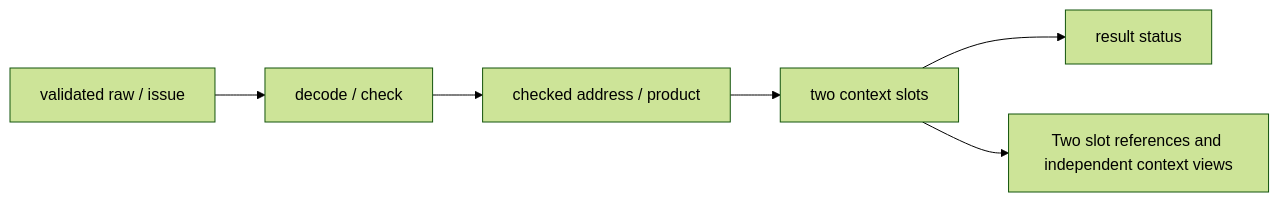
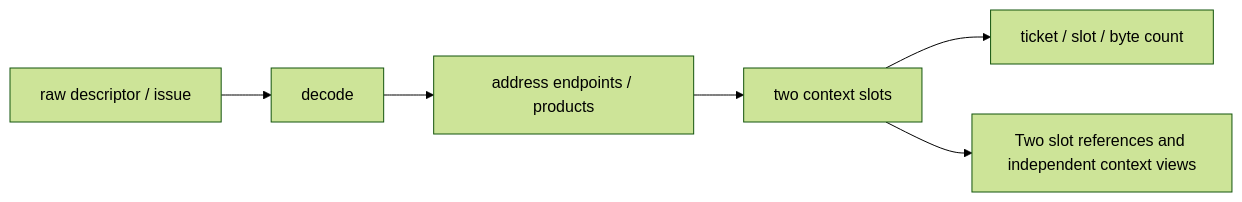
One commit to yuhin777/Allegro changed the diagram in doc/rtl_specs/tma/blackwell_tma_setup.md. Above: the diagram before and after it, drawn with Mermaid (forest theme). The commit also changed other lines of this file and 27 other files, not shown here.

````diff
--- a/doc/rtl_specs/tma/blackwell_tma_setup.md
+++ b/doc/rtl_specs/tma/blackwell_tma_setup.md
@@ -23,8 +22,8 @@
 ```mermaid
 flowchart LR
-  R[validated raw / issue] --> D[decode / check]
-  D --> A[checked address / product]
+  R[raw descriptor / issue] --> D[decode]
+  D --> A[address endpoints / products]
   A --> S[two context slots]
-  S --> O[result status]
+  S --> O[ticket / slot / byte count]
   S --> V["Two slot references and independent context views"]
 ```
````
